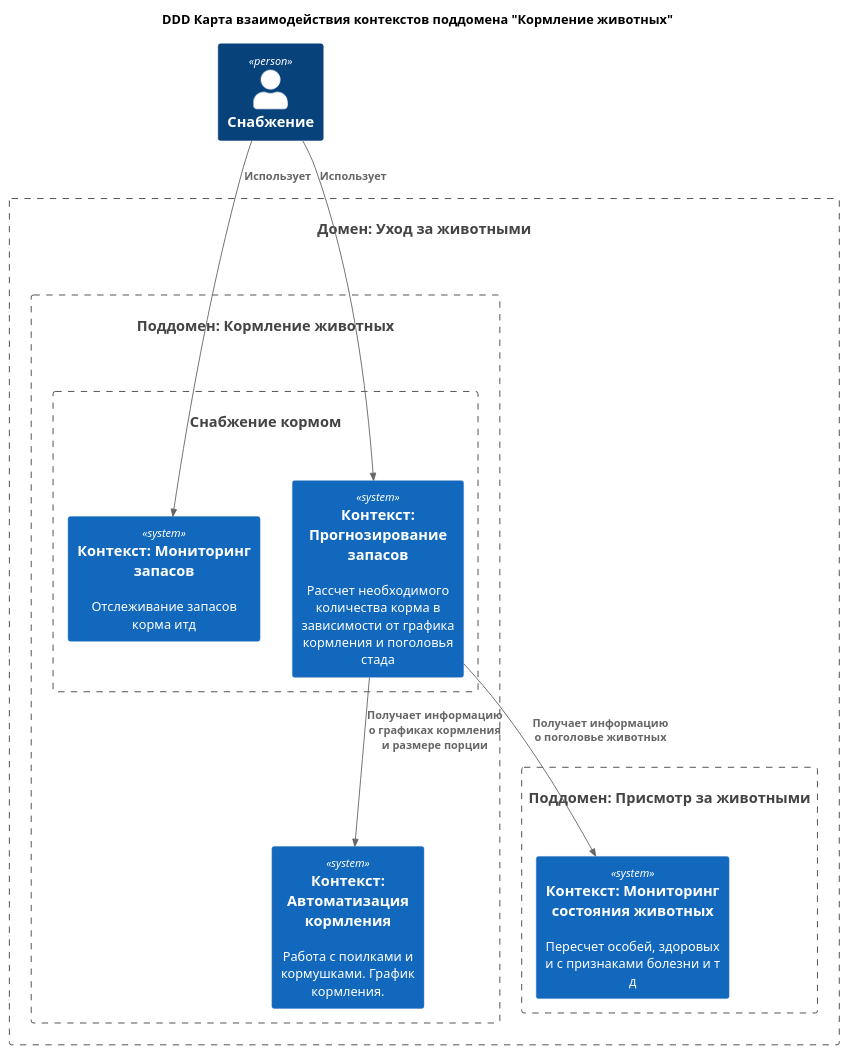
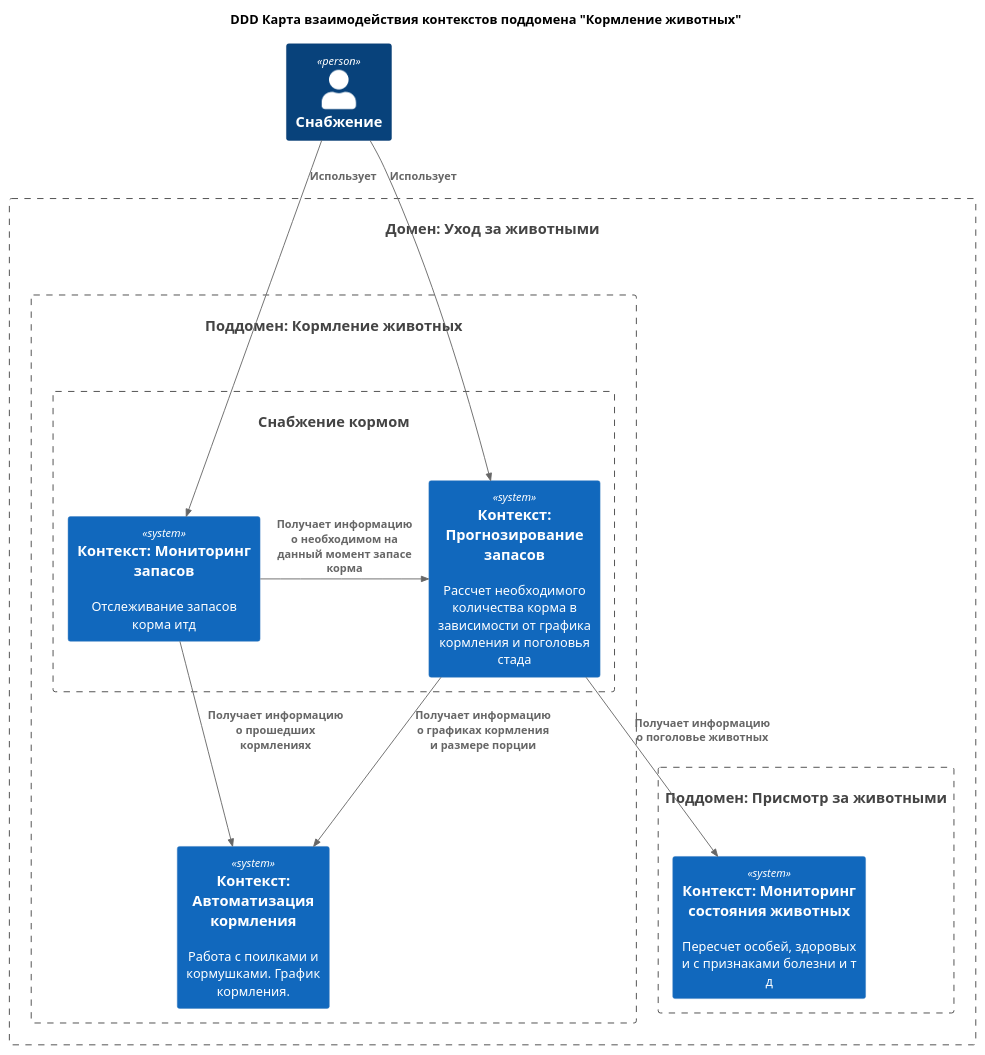
The diagram in Task2/DDD-main-Context map-FeedingSupply.puml (ane-ta/ms-agrotech), drawn with PlantUML before and after one commit.

Commit message:
docs: C2mMain - FeedingSupply interaction fixed

```diff
--- a/Task2/DDD-main-Context map-FeedingSupply.puml
+++ b/Task2/DDD-main-Context map-FeedingSupply.puml
@@ -1,35 +1,40 @@
 @startuml
 title DDD Карта взаимодействия контекстов поддомена "Кормление животных"
 
 !includeurl https://raw.githubusercontent.com/RicardoNiepel/C4-PlantUML/master/C4_Component.puml
 
     Person(userEngineer, "Снабжение")
 
     System(dPigs, "Домен: Уход за животными", " ")
     System_Boundary(dPigs, ""){ 
 
         System(dPigState, "Поддомен: Присмотр за животными", " ")
         System_Boundary(dPigState, ""){ 
             System( sysPigsState, "Контекст: Мониторинг состояния животных", "Пересчет особей, здоровых и с признаками болезни и т д")
         }
 
         System(dPigFeeding, "Поддомен: Кормление животных", " ")
         System_Boundary(dPigFeeding, ""){ 
             System( sysFeedingEquipment, "Контекст: Автоматизация кормления", "Работа с поилками и кормушками. График кормления.")    
             
             System(dPigFeedingSupply, "Снабжение кормом", " ")
             System_Boundary(dPigFeedingSupply, ""){ 
                 System( sysFeedingResources, "Контекст: Мониторинг запасов", "Отслеживание запасов корма итд")    
                 System( sysFeedingForecast, "Контекст: Прогнозирование запасов", "Рассчет необходимого количества корма в зависимости от графика кормления и поголовья стада")    
             
             }        
         }
     }
+    Lay_Right(sysFeedingResources, sysFeedingForecast)
 
     Rel(sysFeedingForecast, sysFeedingEquipment,"Получает информацию о графиках кормления и размере порции")
     Rel(sysFeedingForecast, sysPigsState,"Получает информацию о поголовье животных")
+
+    Rel(sysFeedingResources, sysFeedingEquipment,"Получает информацию о прошедших кормлениях")
+
+    Rel_Right(sysFeedingResources, sysFeedingForecast, "Получает информацию о необходимом на данный момент запасе корма")
 
     Rel(userEngineer, sysFeedingForecast,"Использует")
     Rel(userEngineer, sysFeedingResources,"Использует")
 
 @enduml
```
